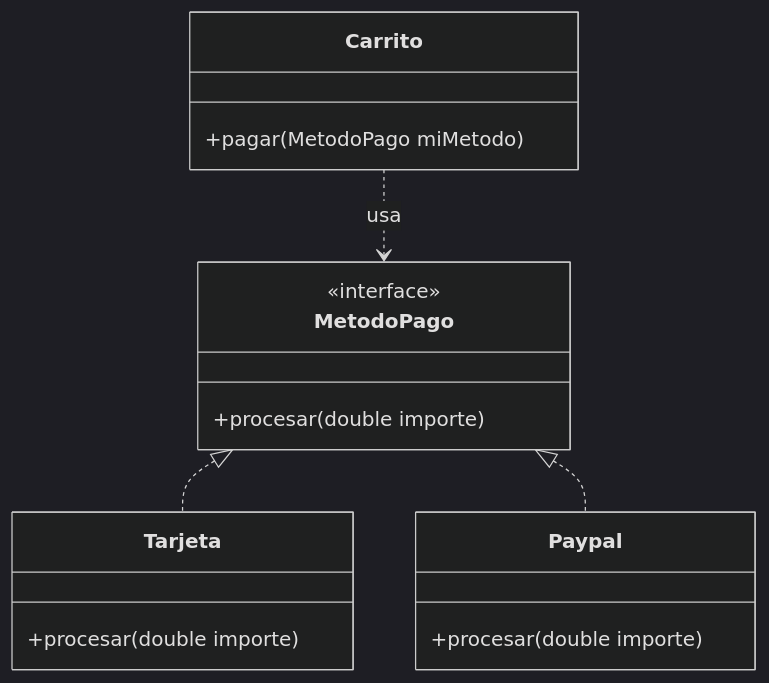
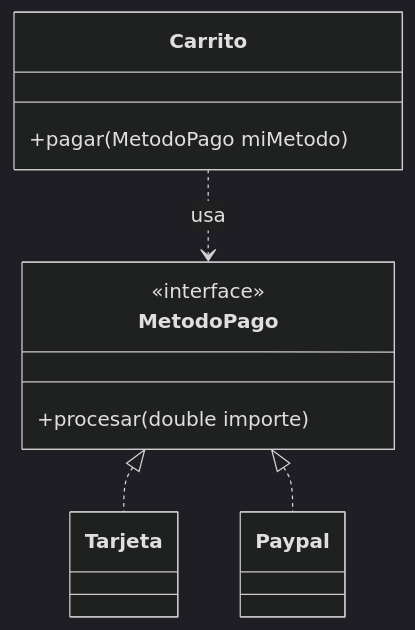
One commit to abelcm2001/Bateria_de_ejercicios changed the fifth of 6 diagrams in README.md. Above: the diagram before and after it, drawn with Mermaid (dark theme). The commit also changed other lines of this file, not shown here.

````diff
--- a/README.md
+++ b/README.md
@@ -79,25 +79,25 @@
 ```mermaid
 
 classDiagram
     class MetodoPago {
         <<interface>>
         +procesar(double importe)
     }
 
     class Tarjeta {
-        +procesar(double importe)
+        
     }
 
     class Paypal {
-        +procesar(double importe)
+        
     }
 
     class Carrito {
         +pagar(MetodoPago miMetodo)
     }
 
     MetodoPago <|.. Tarjeta
     MetodoPago <|.. Paypal
     Carrito ..> MetodoPago : usa
 
 ```
````
